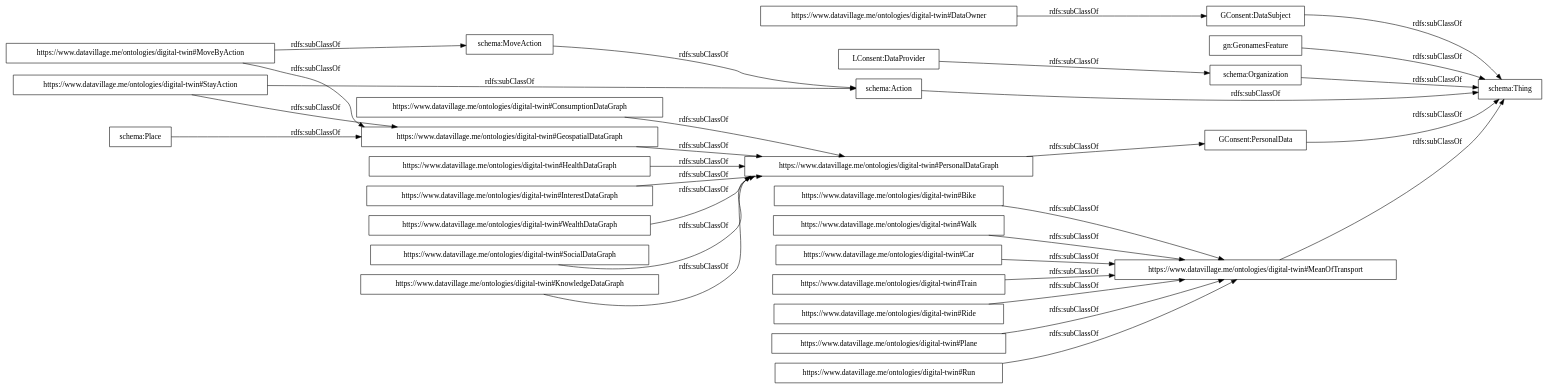
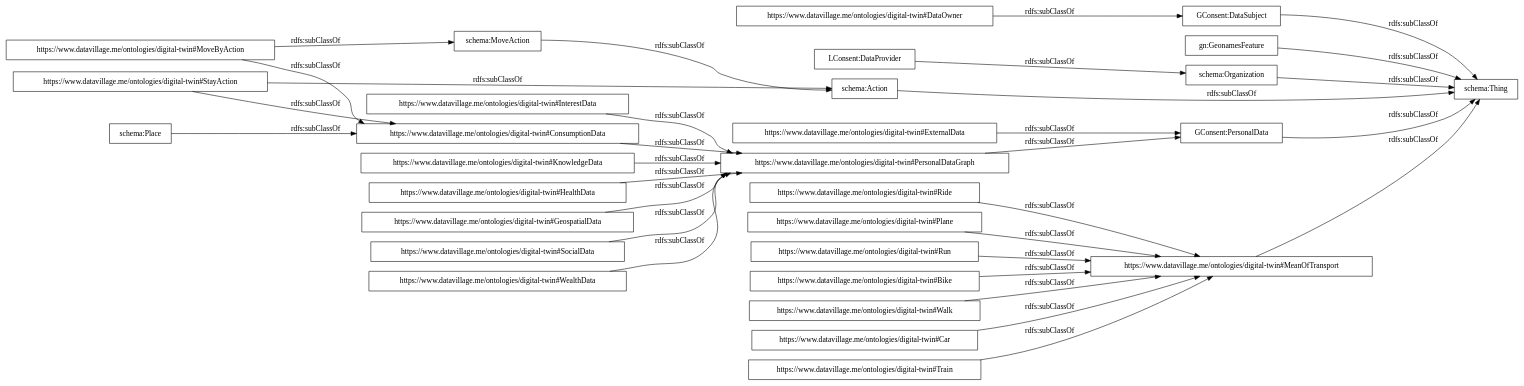
The diagram in OnToology/digital-twin/ontology.owl/diagrams/ar2dtool-taxonomy/ontology.owl.png.dot (datavillage-me/ontologies), drawn with Graphviz before and after one commit. The commit also changed 27 other files, not shown here.

```diff
--- a/OnToology/digital-twin/ontology.owl/diagrams/ar2dtool-taxonomy/ontology.owl.png.dot
+++ b/OnToology/digital-twin/ontology.owl/diagrams/ar2dtool-taxonomy/ontology.owl.png.dot
@@ -1,35 +1,36 @@
 digraph ar2dtool_diagram { 
 rankdir=LR;
 size="1000"
-node [shape = rectangle, color="black"]; "https://www.datavillage.me/ontologies/digital-twin#StayAction" "GConsent:DataSubject" "https://www.datavillage.me/ontologies/digital-twin#MoveByAction" "https://www.datavillage.me/ontologies/digital-twin#KnowledgeDataGraph" "https://www.datavillage.me/ontologies/digital-twin#Plane" "https://www.datavillage.me/ontologies/digital-twin#Run" "https://www.datavillage.me/ontologies/digital-twin#Bike" "https://www.datavillage.me/ontologies/digital-twin#Walk" "schema:MoveAction" "gn:GeonamesFeature" "schema:Organization" "https://www.datavillage.me/ontologies/digital-twin#GeospatialDataGraph" "schema:Action" "https://www.datavillage.me/ontologies/digital-twin#InterestDataGraph" "https://www.datavillage.me/ontologies/digital-twin#HealthDataGraph" "https://www.datavillage.me/ontologies/digital-twin#ConsumptionDataGraph" "https://www.datavillage.me/ontologies/digital-twin#WealthDataGraph" "LConsent:DataProvider" "https://www.datavillage.me/ontologies/digital-twin#Car" "schema:Thing" "https://www.datavillage.me/ontologies/digital-twin#Train" "https://www.datavillage.me/ontologies/digital-twin#SocialDataGraph" "GConsent:PersonalData" "https://www.datavillage.me/ontologies/digital-twin#Ride" "https://www.datavillage.me/ontologies/digital-twin#MeanOfTransport" "https://www.datavillage.me/ontologies/digital-twin#PersonalDataGraph" "https://www.datavillage.me/ontologies/digital-twin#DataOwner" "schema:Place" ; /*classes style*/
-	"https://www.datavillage.me/ontologies/digital-twin#Walk" -> "https://www.datavillage.me/ontologies/digital-twin#MeanOfTransport" [ label = "rdfs:subClassOf" ];
-	"https://www.datavillage.me/ontologies/digital-twin#GeospatialDataGraph" -> "https://www.datavillage.me/ontologies/digital-twin#PersonalDataGraph" [ label = "rdfs:subClassOf" ];
+node [shape = rectangle, color="black"]; "https://www.datavillage.me/ontologies/digital-twin#StayAction" "GConsent:DataSubject" "https://www.datavillage.me/ontologies/digital-twin#WealthData" "https://www.datavillage.me/ontologies/digital-twin#MoveByAction" "https://www.datavillage.me/ontologies/digital-twin#InterestData" "https://www.datavillage.me/ontologies/digital-twin#Plane" "https://www.datavillage.me/ontologies/digital-twin#HealthData" "https://www.datavillage.me/ontologies/digital-twin#Run" "https://www.datavillage.me/ontologies/digital-twin#Bike" "https://www.datavillage.me/ontologies/digital-twin#KnowledgeData" "https://www.datavillage.me/ontologies/digital-twin#Walk" "schema:MoveAction" "gn:GeonamesFeature" "schema:Organization" "https://www.datavillage.me/ontologies/digital-twin#ConsumptionData" "schema:Action" "https://www.datavillage.me/ontologies/digital-twin#GeospatialData" "https://www.datavillage.me/ontologies/digital-twin#ExternalData" "LConsent:DataProvider" "https://www.datavillage.me/ontologies/digital-twin#SocialData" "https://www.datavillage.me/ontologies/digital-twin#Car" "schema:Thing" "https://www.datavillage.me/ontologies/digital-twin#Train" "GConsent:PersonalData" "https://www.datavillage.me/ontologies/digital-twin#Ride" "https://www.datavillage.me/ontologies/digital-twin#MeanOfTransport" "https://www.datavillage.me/ontologies/digital-twin#PersonalDataGraph" "https://www.datavillage.me/ontologies/digital-twin#DataOwner" "schema:Place" ; /*classes style*/
+	"https://www.datavillage.me/ontologies/digital-twin#WealthData" -> "https://www.datavillage.me/ontologies/digital-twin#PersonalDataGraph" [ label = "rdfs:subClassOf" ];
+	"https://www.datavillage.me/ontologies/digital-twin#HealthData" -> "https://www.datavillage.me/ontologies/digital-twin#PersonalDataGraph" [ label = "rdfs:subClassOf" ];
+	"https://www.datavillage.me/ontologies/digital-twin#Plane" -> "https://www.datavillage.me/ontologies/digital-twin#MeanOfTransport" [ label = "rdfs:subClassOf" ];
 	"schema:Action" -> "schema:Thing" [ label = "rdfs:subClassOf" ];
-	"https://www.datavillage.me/ontologies/digital-twin#Plane" -> "https://www.datavillage.me/ontologies/digital-twin#MeanOfTransport" [ label = "rdfs:subClassOf" ];
+	"https://www.datavillage.me/ontologies/digital-twin#SocialData" -> "https://www.datavillage.me/ontologies/digital-twin#PersonalDataGraph" [ label = "rdfs:subClassOf" ];
 	"https://www.datavillage.me/ontologies/digital-twin#Run" -> "https://www.datavillage.me/ontologies/digital-twin#MeanOfTransport" [ label = "rdfs:subClassOf" ];
 	"https://www.datavillage.me/ontologies/digital-twin#DataOwner" -> "GConsent:DataSubject" [ label = "rdfs:subClassOf" ];
 	"https://www.datavillage.me/ontologies/digital-twin#Ride" -> "https://www.datavillage.me/ontologies/digital-twin#MeanOfTransport" [ label = "rdfs:subClassOf" ];
 	"LConsent:DataProvider" -> "schema:Organization" [ label = "rdfs:subClassOf" ];
 	"schema:MoveAction" -> "schema:Action" [ label = "rdfs:subClassOf" ];
 	"gn:GeonamesFeature" -> "schema:Thing" [ label = "rdfs:subClassOf" ];
-	"https://www.datavillage.me/ontologies/digital-twin#MoveByAction" -> "https://www.datavillage.me/ontologies/digital-twin#GeospatialDataGraph" [ label = "rdfs:subClassOf" ];
+	"https://www.datavillage.me/ontologies/digital-twin#ExternalData" -> "GConsent:PersonalData" [ label = "rdfs:subClassOf" ];
+	"https://www.datavillage.me/ontologies/digital-twin#MoveByAction" -> "https://www.datavillage.me/ontologies/digital-twin#ConsumptionData" [ label = "rdfs:subClassOf" ];
 	"https://www.datavillage.me/ontologies/digital-twin#MoveByAction" -> "schema:MoveAction" [ label = "rdfs:subClassOf" ];
-	"https://www.datavillage.me/ontologies/digital-twin#StayAction" -> "https://www.datavillage.me/ontologies/digital-twin#GeospatialDataGraph" [ label = "rdfs:subClassOf" ];
+	"https://www.datavillage.me/ontologies/digital-twin#GeospatialData" -> "https://www.datavillage.me/ontologies/digital-twin#PersonalDataGraph" [ label = "rdfs:subClassOf" ];
+	"https://www.datavillage.me/ontologies/digital-twin#StayAction" -> "https://www.datavillage.me/ontologies/digital-twin#ConsumptionData" [ label = "rdfs:subClassOf" ];
 	"https://www.datavillage.me/ontologies/digital-twin#StayAction" -> "schema:Action" [ label = "rdfs:subClassOf" ];
 	"schema:Organization" -> "schema:Thing" [ label = "rdfs:subClassOf" ];
-	"https://www.datavillage.me/ontologies/digital-twin#SocialDataGraph" -> "https://www.datavillage.me/ontologies/digital-twin#PersonalDataGraph" [ label = "rdfs:subClassOf" ];
 	"https://www.datavillage.me/ontologies/digital-twin#MeanOfTransport" -> "schema:Thing" [ label = "rdfs:subClassOf" ];
-	"https://www.datavillage.me/ontologies/digital-twin#ConsumptionDataGraph" -> "https://www.datavillage.me/ontologies/digital-twin#PersonalDataGraph" [ label = "rdfs:subClassOf" ];
 	"https://www.datavillage.me/ontologies/digital-twin#Car" -> "https://www.datavillage.me/ontologies/digital-twin#MeanOfTransport" [ label = "rdfs:subClassOf" ];
-	"https://www.datavillage.me/ontologies/digital-twin#InterestDataGraph" -> "https://www.datavillage.me/ontologies/digital-twin#PersonalDataGraph" [ label = "rdfs:subClassOf" ];
 	"https://www.datavillage.me/ontologies/digital-twin#PersonalDataGraph" -> "GConsent:PersonalData" [ label = "rdfs:subClassOf" ];
-	"https://www.datavillage.me/ontologies/digital-twin#WealthDataGraph" -> "https://www.datavillage.me/ontologies/digital-twin#PersonalDataGraph" [ label = "rdfs:subClassOf" ];
-	"https://www.datavillage.me/ontologies/digital-twin#KnowledgeDataGraph" -> "https://www.datavillage.me/ontologies/digital-twin#PersonalDataGraph" [ label = "rdfs:subClassOf" ];
+	"https://www.datavillage.me/ontologies/digital-twin#ConsumptionData" -> "https://www.datavillage.me/ontologies/digital-twin#PersonalDataGraph" [ label = "rdfs:subClassOf" ];
+	"https://www.datavillage.me/ontologies/digital-twin#KnowledgeData" -> "https://www.datavillage.me/ontologies/digital-twin#PersonalDataGraph" [ label = "rdfs:subClassOf" ];
+	"https://www.datavillage.me/ontologies/digital-twin#InterestData" -> "https://www.datavillage.me/ontologies/digital-twin#PersonalDataGraph" [ label = "rdfs:subClassOf" ];
 	"GConsent:PersonalData" -> "schema:Thing" [ label = "rdfs:subClassOf" ];
 	"GConsent:DataSubject" -> "schema:Thing" [ label = "rdfs:subClassOf" ];
-	"https://www.datavillage.me/ontologies/digital-twin#HealthDataGraph" -> "https://www.datavillage.me/ontologies/digital-twin#PersonalDataGraph" [ label = "rdfs:subClassOf" ];
 	"https://www.datavillage.me/ontologies/digital-twin#Bike" -> "https://www.datavillage.me/ontologies/digital-twin#MeanOfTransport" [ label = "rdfs:subClassOf" ];
 	"https://www.datavillage.me/ontologies/digital-twin#Train" -> "https://www.datavillage.me/ontologies/digital-twin#MeanOfTransport" [ label = "rdfs:subClassOf" ];
-	"schema:Place" -> "https://www.datavillage.me/ontologies/digital-twin#GeospatialDataGraph" [ label = "rdfs:subClassOf" ];
+	"schema:Place" -> "https://www.datavillage.me/ontologies/digital-twin#ConsumptionData" [ label = "rdfs:subClassOf" ];
+	"https://www.datavillage.me/ontologies/digital-twin#Walk" -> "https://www.datavillage.me/ontologies/digital-twin#MeanOfTransport" [ label = "rdfs:subClassOf" ];
 
 }
```
